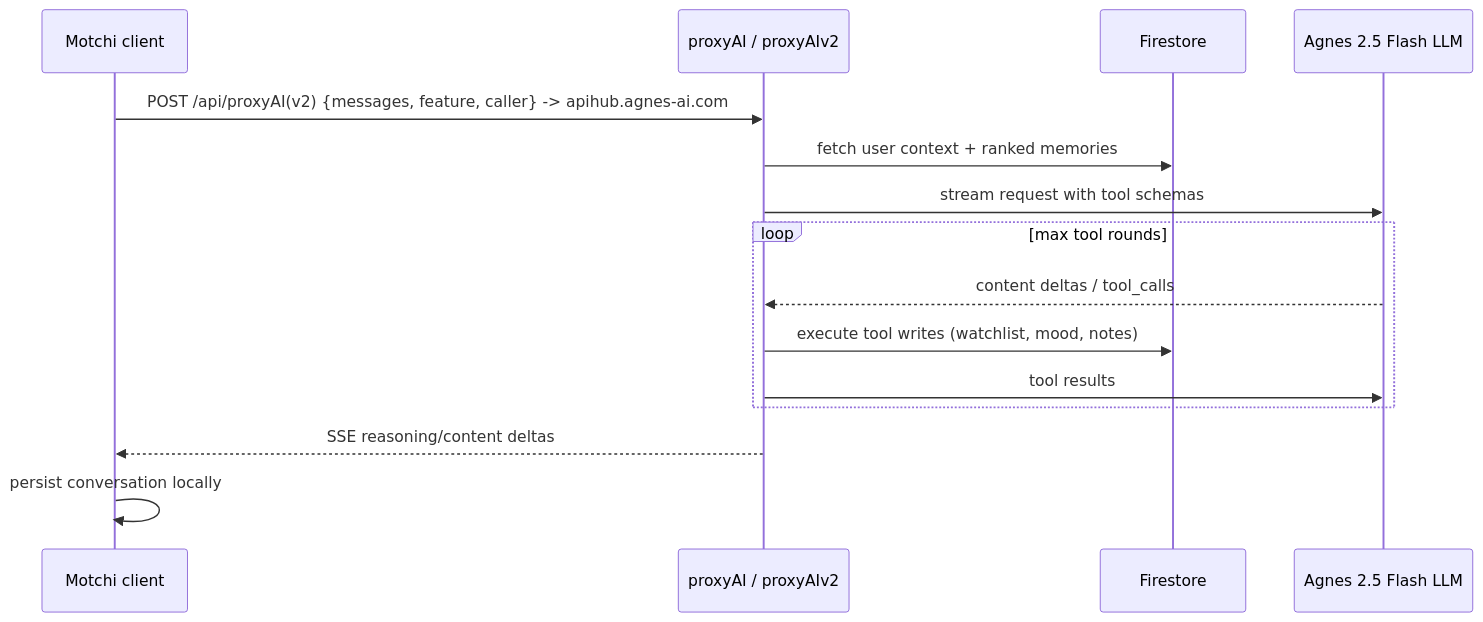
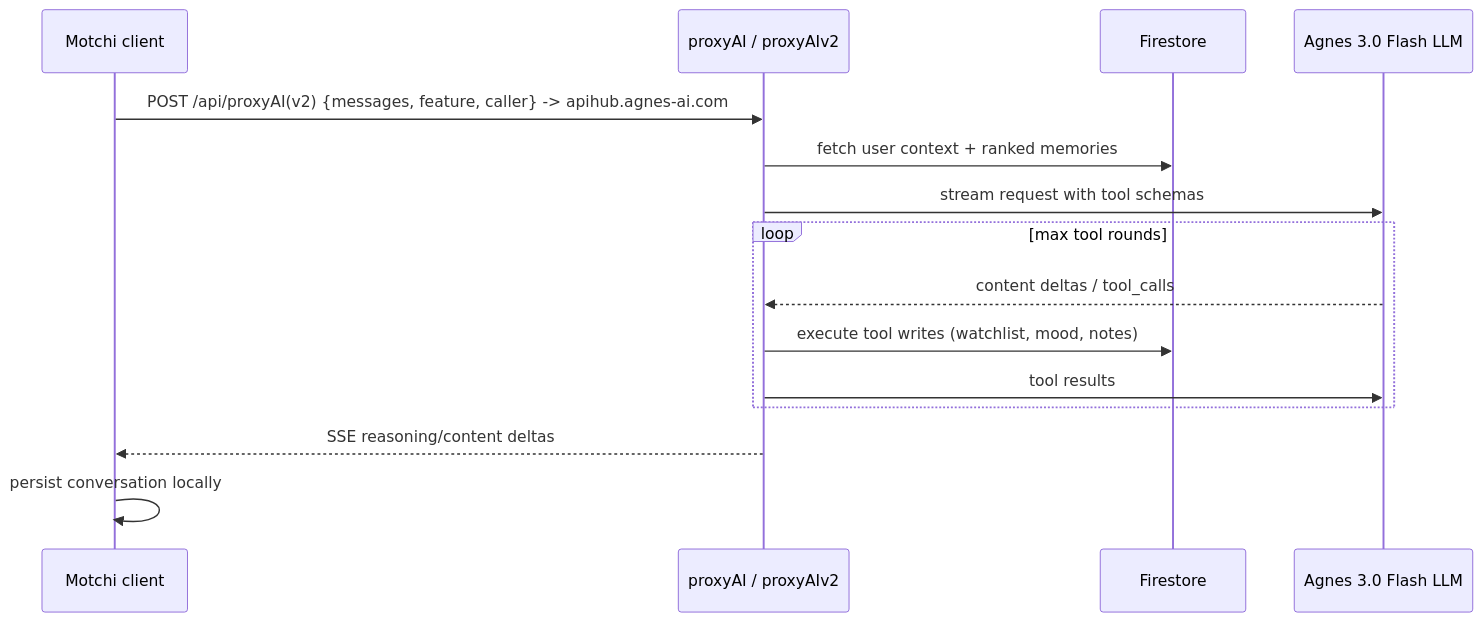
The sixth of 7 diagrams in docs/ARCHITECTURE.md (khentmoba/Everglow), drawn with Mermaid before and after one commit. The commit also changed other lines of this file and 9 other files, not shown here.

First line of the commit message:
chore(motchi): switch model to Agnes 3.0 Flash

````diff
--- a/docs/ARCHITECTURE.md
+++ b/docs/ARCHITECTURE.md
@@ -239,18 +239,18 @@
 ```mermaid
 sequenceDiagram
   participant C as Motchi client
   participant F as proxyAI / proxyAIv2
   participant DB as Firestore
-  participant L as Agnes 2.5 Flash LLM
+  participant L as Agnes 3.0 Flash LLM
 
   C->>F: POST /api/proxyAI(v2) {messages, feature, caller} -> apihub.agnes-ai.com
   F->>DB: fetch user context + ranked memories
   F->>L: stream request with tool schemas
   loop max tool rounds
     L-->>F: content deltas / tool_calls
     F->>DB: execute tool writes (watchlist, mood, notes)
     F->>L: tool results
   end
   F-->>C: SSE reasoning/content deltas
   C->>C: persist conversation locally
 ```
````
